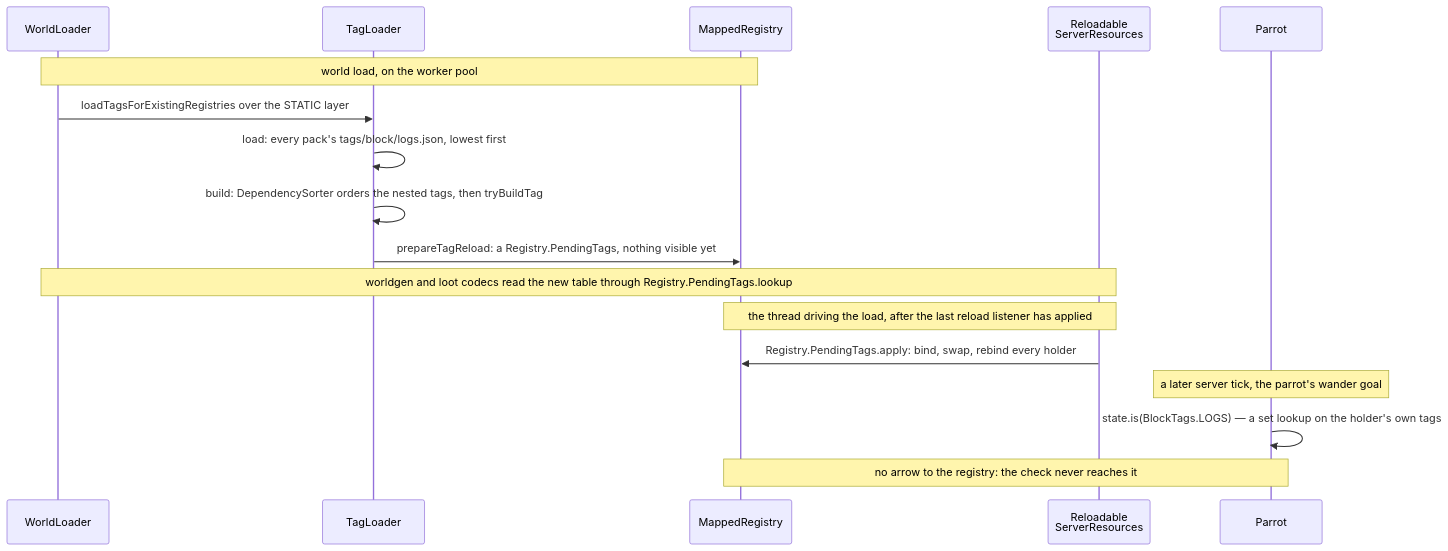
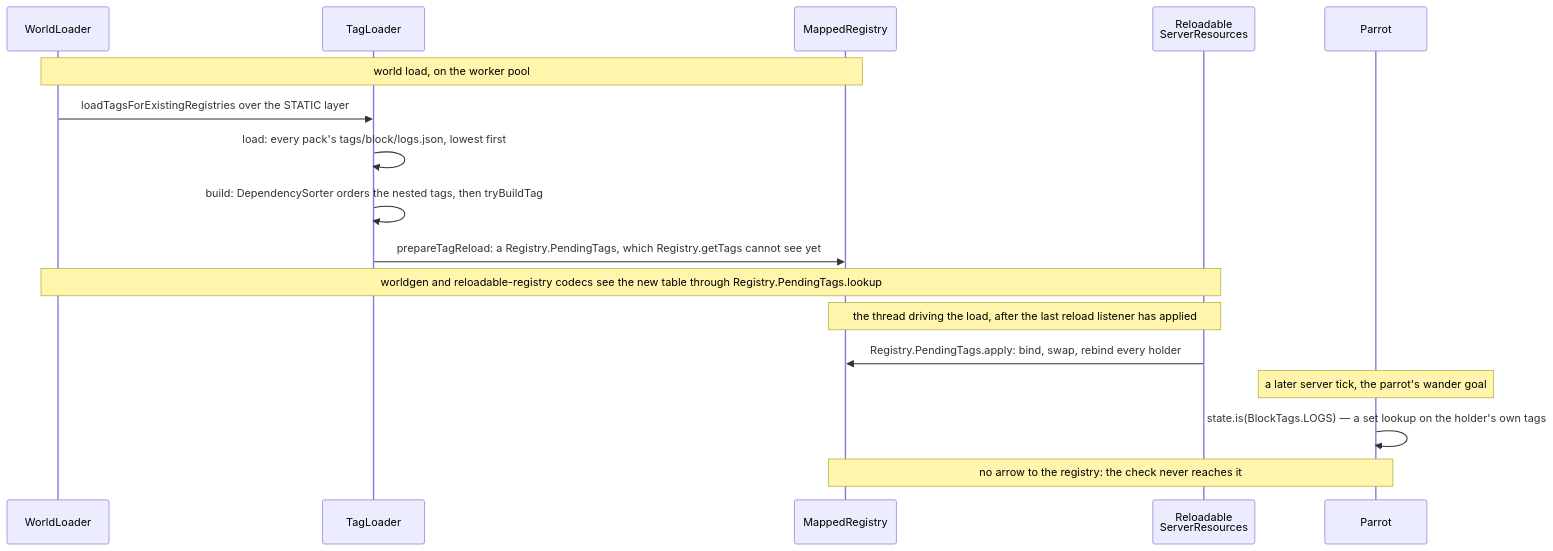
The diagram in src/systems/foundations/tags.md (AlexanderjFraser/MinecraftDocs), drawn with Mermaid before and after one commit. The commit also changed other lines of this file and 31 other files, not shown here.

````diff
--- a/src/systems/foundations/tags.md
+++ b/src/systems/foundations/tags.md
@@ -124,20 +125,20 @@
 ```mermaid
 sequenceDiagram
     participant WL as WorldLoader
     participant TL as TagLoader
     participant MR as MappedRegistry
     participant RSR as Reloadable<br/>ServerResources
     participant Parrot as Parrot
 
     Note over WL,MR: world load, on the worker pool
     WL->>TL: loadTagsForExistingRegistries over the STATIC layer
     TL->>TL: load: every pack's tags/block/logs.json, lowest first
     TL->>TL: build: DependencySorter orders the nested tags, then tryBuildTag
-    TL->>MR: prepareTagReload: a Registry.PendingTags, nothing visible yet
-    Note over WL,RSR: worldgen and loot codecs read the new table through Registry.PendingTags.lookup
+    TL->>MR: prepareTagReload: a Registry.PendingTags, which Registry.getTags cannot see yet
+    Note over WL,RSR: worldgen and reloadable-registry codecs see the new table through Registry.PendingTags.lookup
     Note over MR,RSR: the thread driving the load, after the last reload listener has applied
     RSR->>MR: Registry.PendingTags.apply: bind, swap, rebind every holder
     Note over Parrot: a later server tick, the parrot's wander goal
     Parrot->>Parrot: state.is(BlockTags.LOGS) — a set lookup on the holder's own tags
     Note over MR,Parrot: no arrow to the registry: the check never reaches it
 ```
````
